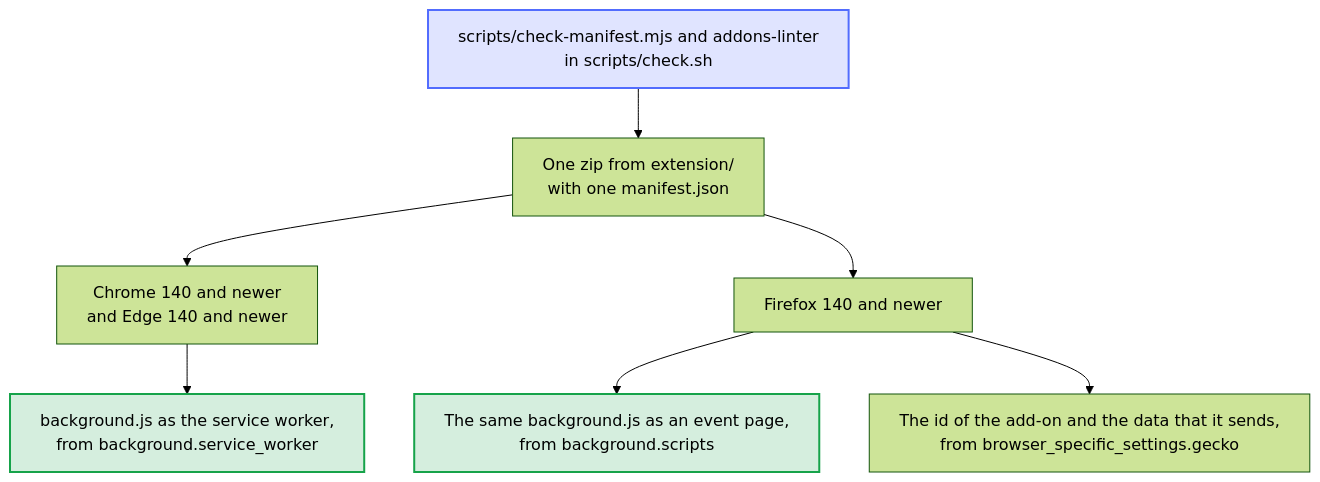
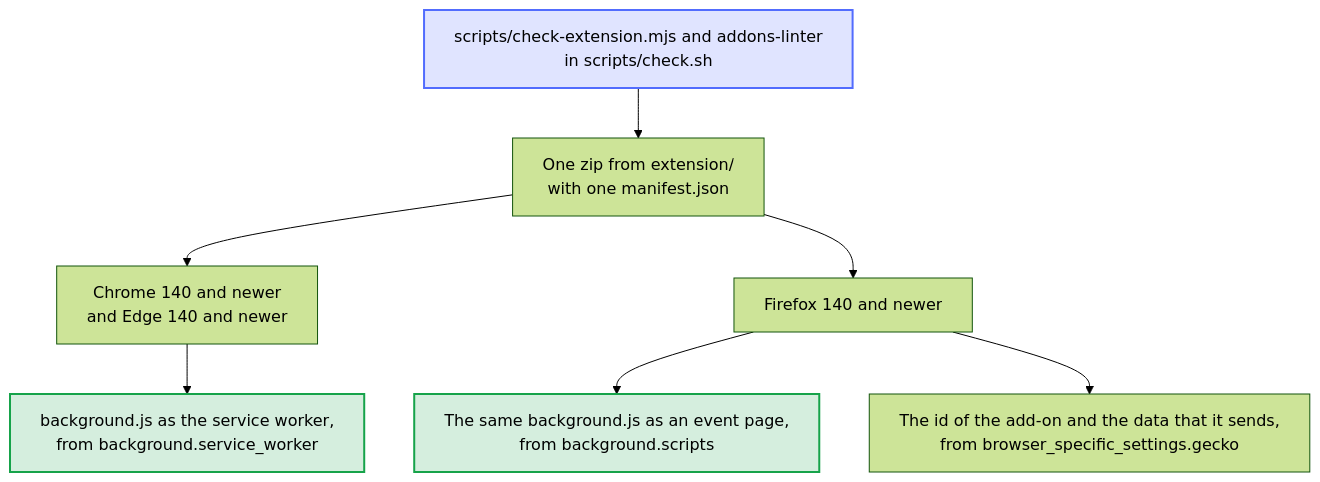
The diagram in docs/diagrams/one-package-every-browser.mmd (Dennis-Otto/player-switch-for-autodarts), drawn with Mermaid (forest theme) before and after one commit. The commit also changed 64 other files, not shown here.

First line of the commit message:
chore: use the Chrome extension project kind of the blueprint (#123)

```diff
--- a/docs/diagrams/one-package-every-browser.mmd
+++ b/docs/diagrams/one-package-every-browser.mmd
@@ -1,26 +1,26 @@
 ---
 config:
   flowchart:
     wrappingWidth: 400
 ---
 flowchart TB
     accTitle: One package for Chrome, Edge and Firefox
-    accDescr: The release builds one zip from extension/, with one manifest.json. Chrome 140 and newer, and Edge 140 and newer, run background.js as the service worker that background.service_worker names, and ignore the keys of Firefox. Firefox 140 and newer runs the same background.js from background.scripts, under the id of browser_specific_settings.gecko, and shows at the install that the add-on sends authentication data to Autodarts. scripts/check-manifest.mjs checks that both keys name background.js and that the data matches store/permissions.json, and addons-linter, the linter of addons.mozilla.org, finds no error in the package.
+    accDescr: The release builds one zip from extension/, with one manifest.json. Chrome 140 and newer, and Edge 140 and newer, run background.js as the service worker that background.service_worker names, and ignore the keys of Firefox. Firefox 140 and newer runs the same background.js from background.scripts, under the id of browser_specific_settings.gecko, and shows at the install that the add-on sends authentication data to Autodarts. scripts/check-extension.mjs checks that both keys name background.js and that the data matches store/permissions.json, and addons-linter, the linter of addons.mozilla.org, finds no error in the package.
 
-    checks["scripts/check-manifest.mjs and addons-linter<br>in scripts/check.sh"]
+    checks["scripts/check-extension.mjs and addons-linter<br>in scripts/check.sh"]
     zip["One zip from extension/<br>with one manifest.json"]
     chrome["Chrome 140 and newer<br>and Edge 140 and newer"]
     firefox["Firefox 140 and newer"]
     worker["background.js as the service worker,<br>from background.service_worker"]
     page["The same background.js as an event page,<br>from background.scripts"]
     gecko["The id of the add-on and the data that it sends,<br>from browser_specific_settings.gecko"]
 
     checks --> zip
     zip --> chrome --> worker
     zip --> firefox --> page
     firefox --> gecko
 
     classDef bot fill:#526cfe2e,stroke:#526cfe,stroke-width:2px
     classDef done fill:#16a34a2e,stroke:#16a34a,stroke-width:2px
     class checks bot
     class worker,page done
```
